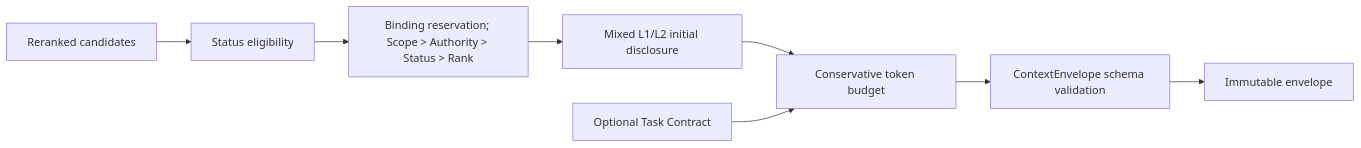
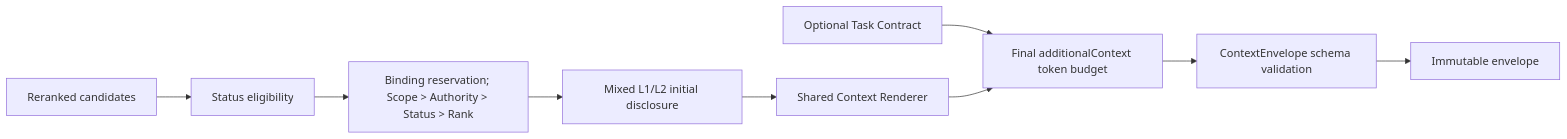
The diagram in docs/implementation/ckl-504-context-orchestrator.md (smarteacup/ZhiLoop), drawn with Mermaid before and after one commit. The commit also changed other lines of this file and 40 other files, not shown here.

Commit message:
fix: enforce rendered context budget

````diff
--- a/docs/implementation/ckl-504-context-orchestrator.md
+++ b/docs/implementation/ckl-504-context-orchestrator.md
@@ -24,10 +24,11 @@
 ```mermaid
 flowchart LR
     Candidates["Reranked candidates"] --> Eligibility["Status eligibility"]
     Eligibility --> Priority["Binding reservation; Scope > Authority > Status > Rank"]
     Priority --> Level["Mixed L1/L2 initial disclosure"]
-    Level --> Budget["Conservative token budget"]
+    Level --> Renderer["Shared Context Renderer"]
     Contract["Optional Task Contract"] --> Budget
+    Renderer --> Budget["Final additionalContext token budget"]
     Budget --> Schema["ContextEnvelope schema validation"]
     Schema --> Output["Immutable envelope"]
 ```
````
